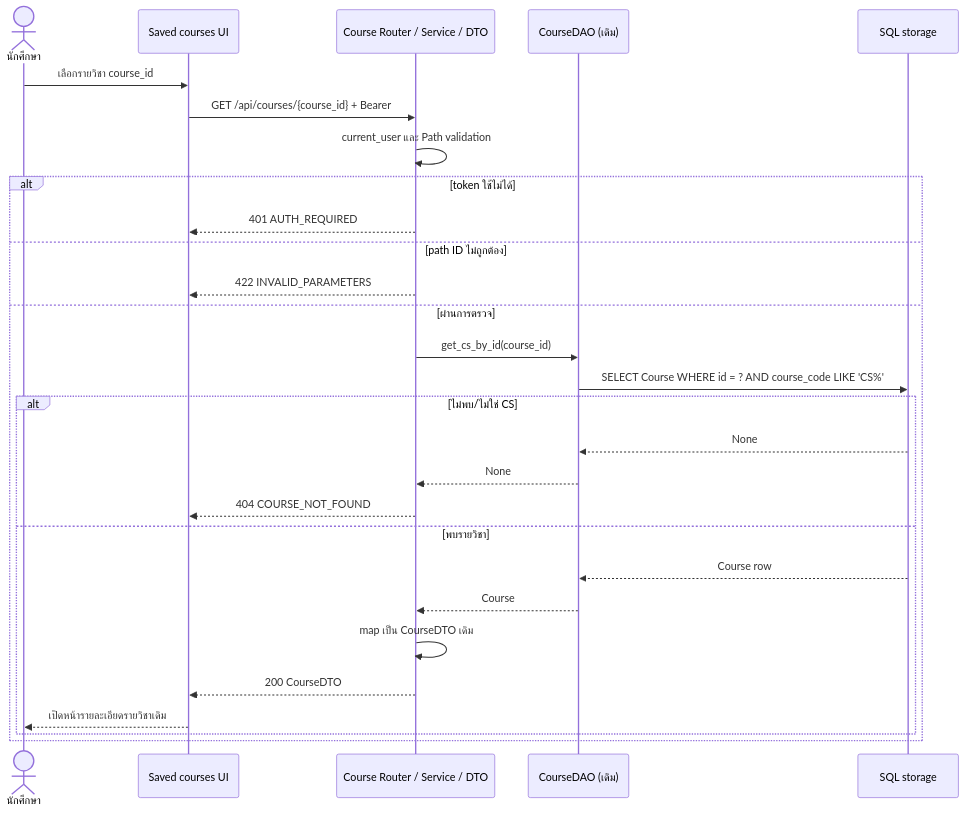
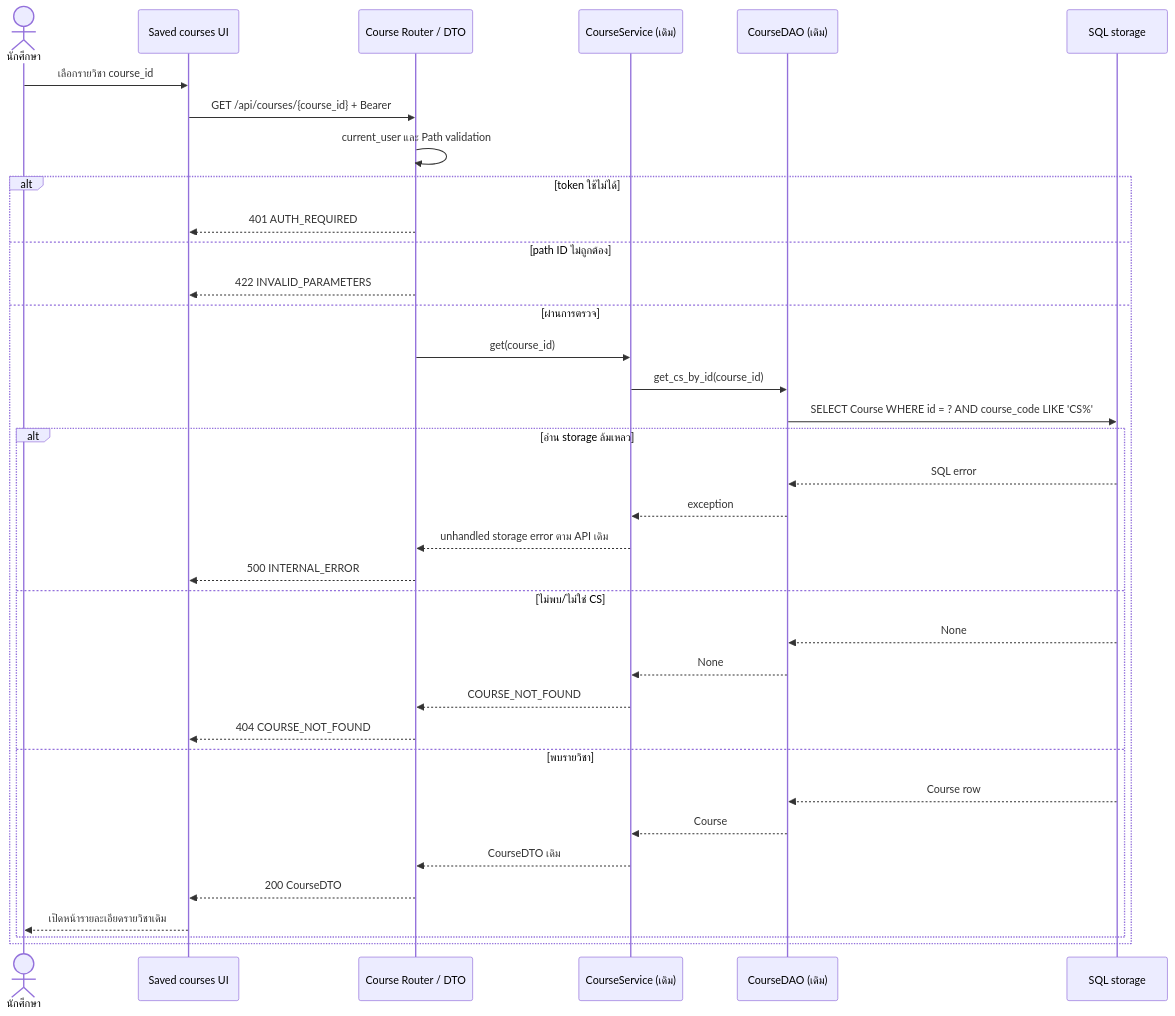
Before and after one commit to Lilieay/cs261-group4-100001: the third of 4 diagrams in docs/U10/design/task104-saved-courses-dao-and-sequences.md, drawn with Mermaid. The commit also changed other lines of this file and 3 other files, not shown here.

````diff
--- a/docs/U10/design/task104-saved-courses-dao-and-sequences.md
+++ b/docs/U10/design/task104-saved-courses-dao-and-sequences.md
@@ -122,30 +143,38 @@
 ```mermaid
 sequenceDiagram
     actor Student as นักศึกษา
     participant UI as Saved courses UI
-    participant API as Course Router / Service / DTO
+    participant API as Course Router / DTO
+    participant SVC as CourseService (เดิม)
     participant DAO as CourseDAO (เดิม)
     participant DB as SQL storage
     Student->>UI: เลือกรายวิชา course_id
     UI->>API: GET /api/courses/{course_id} + Bearer
     API->>API: current_user และ Path validation
     alt token ใช้ไม่ได้
         API-->>UI: 401 AUTH_REQUIRED
     else path ID ไม่ถูกต้อง
         API-->>UI: 422 INVALID_PARAMETERS
     else ผ่านการตรวจ
-        API->>DAO: get_cs_by_id(course_id)
+        API->>SVC: get(course_id)
+        SVC->>DAO: get_cs_by_id(course_id)
         DAO->>DB: SELECT Course WHERE id = ? AND course_code LIKE 'CS%'
-        alt ไม่พบ/ไม่ใช่ CS
+        alt อ่าน storage ล้มเหลว
+            DB-->>DAO: SQL error
+            DAO-->>SVC: exception
+            SVC-->>API: unhandled storage error ตาม API เดิม
+            API-->>UI: 500 INTERNAL_ERROR
+        else ไม่พบ/ไม่ใช่ CS
             DB-->>DAO: None
-            DAO-->>API: None
+            DAO-->>SVC: None
+            SVC-->>API: COURSE_NOT_FOUND
             API-->>UI: 404 COURSE_NOT_FOUND
         else พบรายวิชา
             DB-->>DAO: Course row
-            DAO-->>API: Course
-            API->>API: map เป็น CourseDTO เดิม
+            DAO-->>SVC: Course
+            SVC-->>API: CourseDTO เดิม
             API-->>UI: 200 CourseDTO
             UI-->>Student: เปิดหน้ารายละเอียดรายวิชาเดิม
         end
     end
 ```
````
